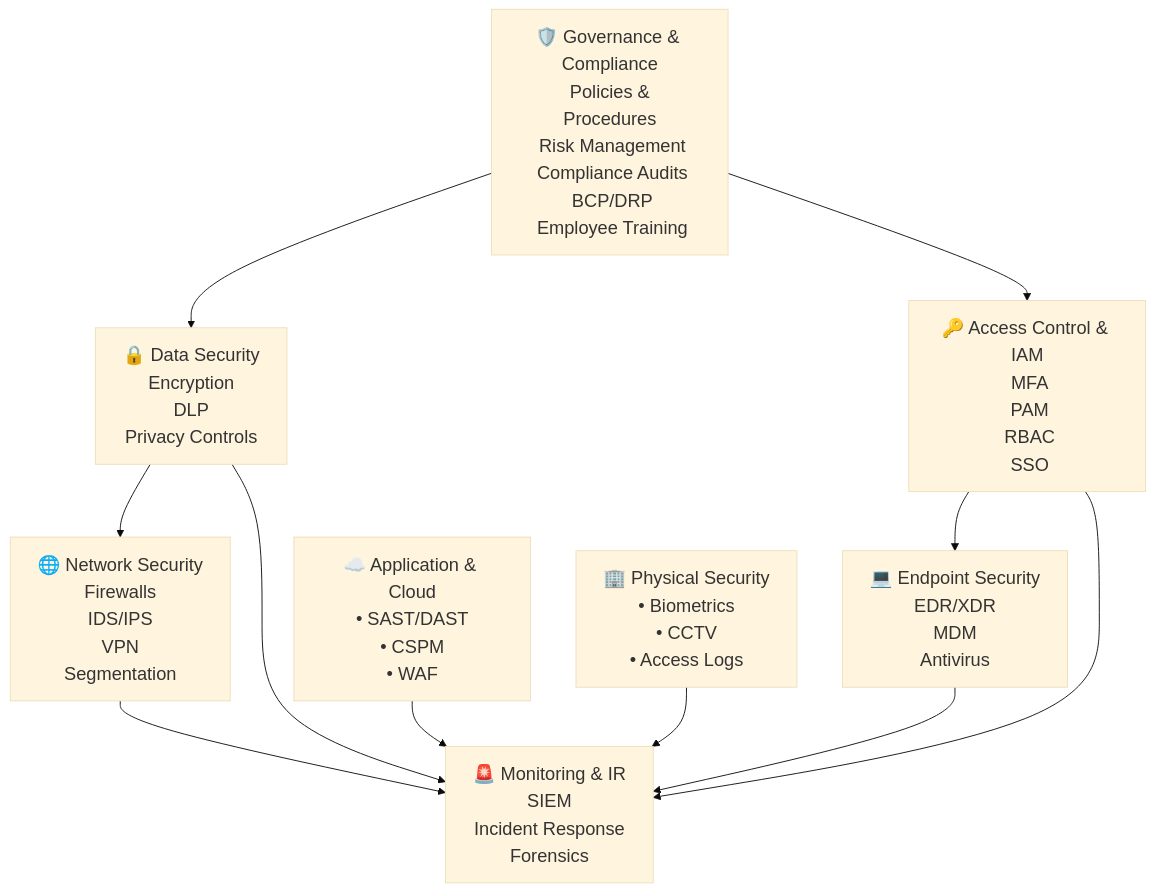
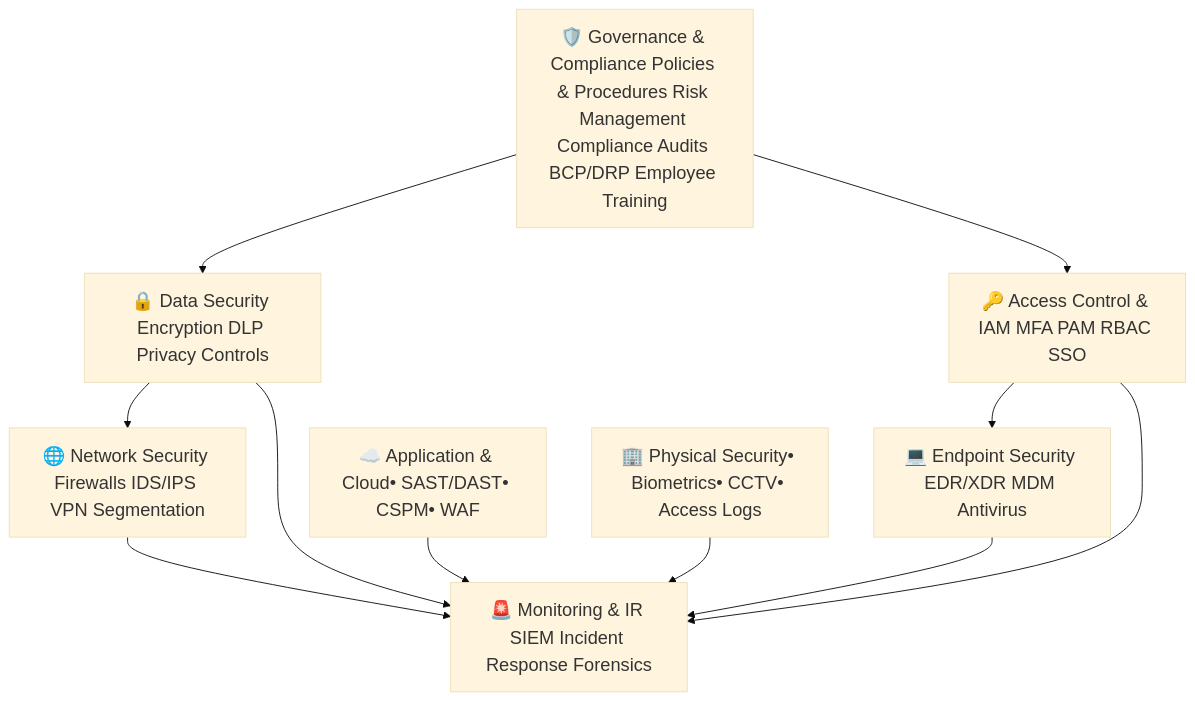
The diagram in README.md (elGiordano/Entreprise-Security-Compliance), drawn with Mermaid before and after one commit.

````diff
--- a/README.md
+++ b/README.md
@@ -128,14 +128,14 @@
 ```mermaid
 %%{init: {'theme': 'base', 'themeVariables': { 'fontSize': '20px'}}}%%
 flowchart TD
-    A[🛡️ Governance & Compliance\n Policies & Procedures\n Risk Management\n Compliance Audits\n BCP/DRP\n Employee Training] --> B[🔒 Data Security\n Encryption\n DLP\n Privacy Controls]
-    A --> C[🔑 Access Control & IAM\n MFA\n PAM\n RBAC\n SSO]
-    B --> D[🌐 Network Security\n Firewalls\n IDS/IPS\n VPN\n Segmentation]
-    C --> E[💻 Endpoint Security\n EDR/XDR\n MDM\n Antivirus]
-    D --> F[🚨 Monitoring & IR\n SIEM\n Incident Response\n Forensics]
+    A[🛡️ Governance & Compliance"" Policies & Procedures"" Risk Management"" Compliance Audits"" BCP/DRP"" Employee Training] --> B[🔒 Data Security"" Encryption"" DLP"" Privacy Controls]
+    A --> C[🔑 Access Control & IAM"" MFA"" PAM"" RBAC"" SSO]
+    B --> D[🌐 Network Security"" Firewalls"" IDS/IPS"" VPN"" Segmentation]
+    C --> E[💻 Endpoint Security"" EDR/XDR"" MDM"" Antivirus]
+    D --> F[🚨 Monitoring & IR"" SIEM"" Incident Response"" Forensics]
     E --> F
     B --> F
     C --> F
-    G[☁️ Application & Cloud\n• SAST/DAST\n• CSPM\n• WAF] --> F
-    H[🏢 Physical Security\n• Biometrics\n• CCTV\n• Access Logs] --> F
+    G[☁️ Application & Cloud""• SAST/DAST""• CSPM""• WAF] --> F
+    H[🏢 Physical Security""• Biometrics""• CCTV""• Access Logs] --> F
 ```
````
